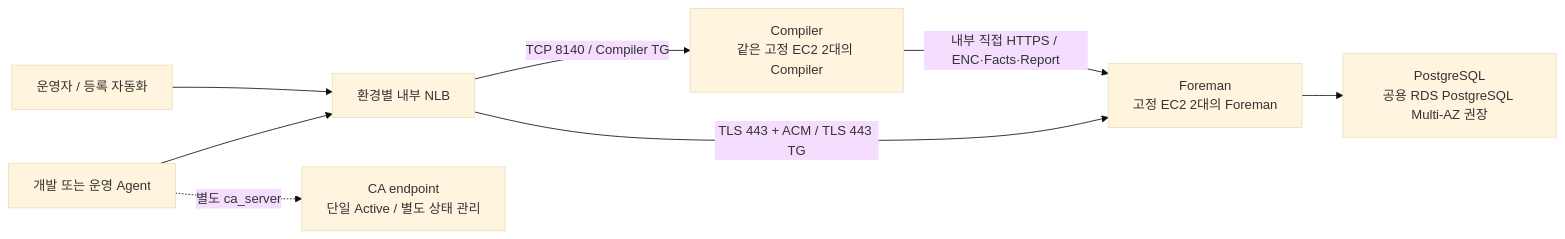
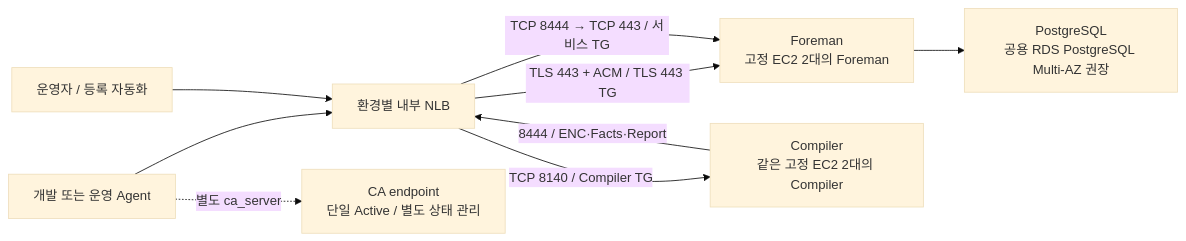
The diagram in foreman-puppet/docs/LB_AND_SCALING.md (heyoon2j/y2-devops-lab), drawn with Mermaid (base theme) before and after one commit. The commit also changed other lines of this file and 16 other files, not shown here.

````diff
--- a/foreman-puppet/docs/LB_AND_SCALING.md
+++ b/foreman-puppet/docs/LB_AND_SCALING.md
@@ -33,10 +34,11 @@
 ```mermaid
 flowchart LR
     A["개발 또는 운영 Agent"] --> L["환경별 내부 NLB"]
     U["운영자 / 등록 자동화"] --> L
     L -->|"TLS 443 + ACM / TLS 443 TG"| F["Foreman\n고정 EC2 2대의 Foreman"]
     L -->|"TCP 8140 / Compiler TG"| P["Compiler\n같은 고정 EC2 2대의 Compiler"]
     F --> D["PostgreSQL\n공용 RDS PostgreSQL Multi-AZ 권장"]
-    P -->|"내부 직접 HTTPS / ENC·Facts·Report"| F
+    P -->|"8444 / ENC·Facts·Report"| L
+    L -->|"TCP 8444 → TCP 443 / 서비스 TG"| F
     A -.->|"별도 ca_server"| C["CA endpoint\n단일 Active / 별도 상태 관리"]
 ```
````
